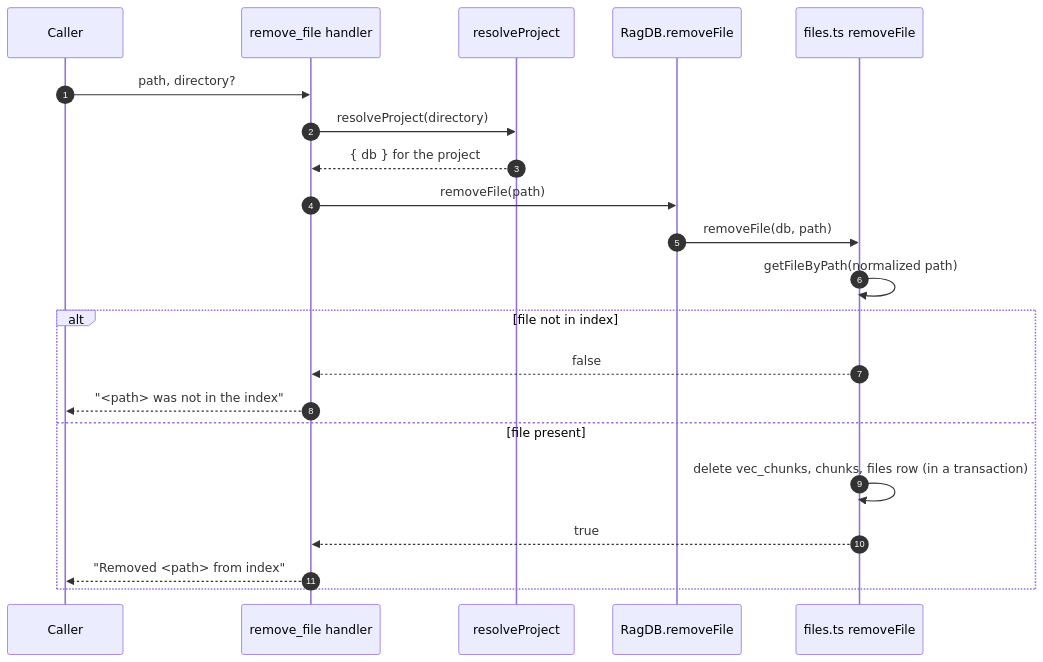
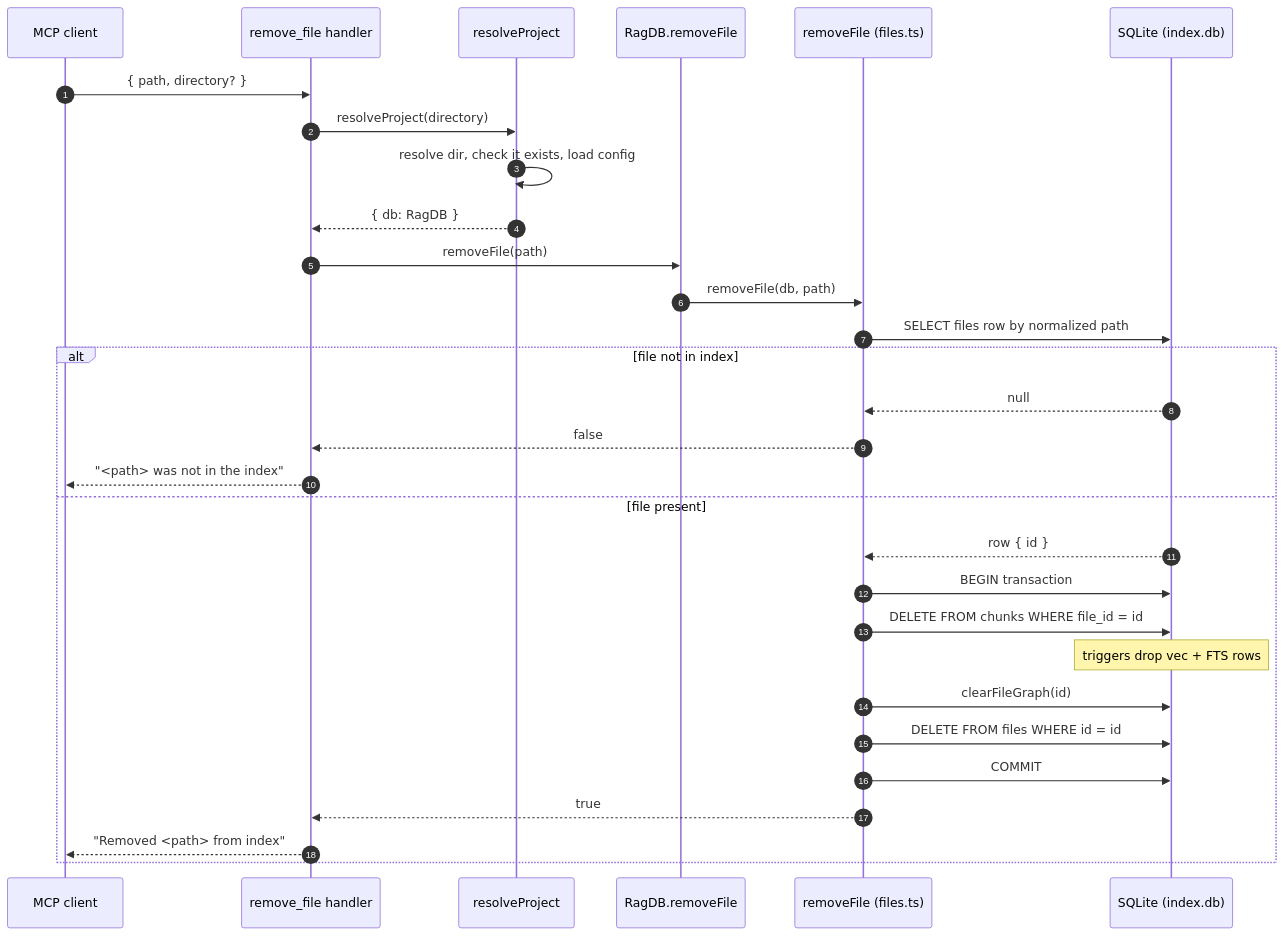
Before and after one commit to TheWinci/mimirs: the diagram in wiki/tools/remove-file.md, drawn with Mermaid. The commit also changed other lines of this file and 51 other files, not shown here.

````diff
--- a/wiki/tools/remove-file.md
+++ b/wiki/tools/remove-file.md
@@ -9,24 +9,33 @@
 ```mermaid
 sequenceDiagram
     autonumber
-    participant Caller
-    participant Handler as remove_file handler
-    participant Project as resolveProject
-    participant DB as RagDB.removeFile
-    participant Files as files.ts removeFile
+    participant Caller as MCP client
+    participant Tool as remove_file handler
+    participant Resolve as resolveProject
+    participant RagDB as RagDB.removeFile
+    participant Store as removeFile (files.ts)
+    participant DB as SQLite (index.db)
 
-    Caller->>Handler: path, directory?
-    Handler->>Project: resolveProject(directory)
-    Project-->>Handler: { db } for the project
-    Handler->>DB: removeFile(path)
-    DB->>Files: removeFile(db, path)
-    Files->>Files: getFileByPath(normalized path)
+    Caller->>Tool: { path, directory? }
+    Tool->>Resolve: resolveProject(directory)
+    Resolve->>Resolve: resolve dir, check it exists, load config
+    Resolve-->>Tool: { db: RagDB }
+    Tool->>RagDB: removeFile(path)
+    RagDB->>Store: removeFile(db, path)
+    Store->>DB: SELECT files row by normalized path
     alt file not in index
-        Files-->>Handler: false
-        Handler-->>Caller: "<path> was not in the index"
+        DB-->>Store: null
+        Store-->>Tool: false
+        Tool-->>Caller: "<path> was not in the index"
     else file present
-        Files->>Files: delete vec_chunks, chunks, files row (in a transaction)
-        Files-->>Handler: true
-        Handler-->>Caller: "Removed <path> from index"
+        DB-->>Store: row { id }
+        Store->>DB: BEGIN transaction
+        Store->>DB: DELETE FROM chunks WHERE file_id = id
+        Note over DB: triggers drop vec + FTS rows
+        Store->>DB: clearFileGraph(id)
+        Store->>DB: DELETE FROM files WHERE id = id
+        Store->>DB: COMMIT
+        Store-->>Tool: true
+        Tool-->>Caller: "Removed <path> from index"
     end
 ```
````
